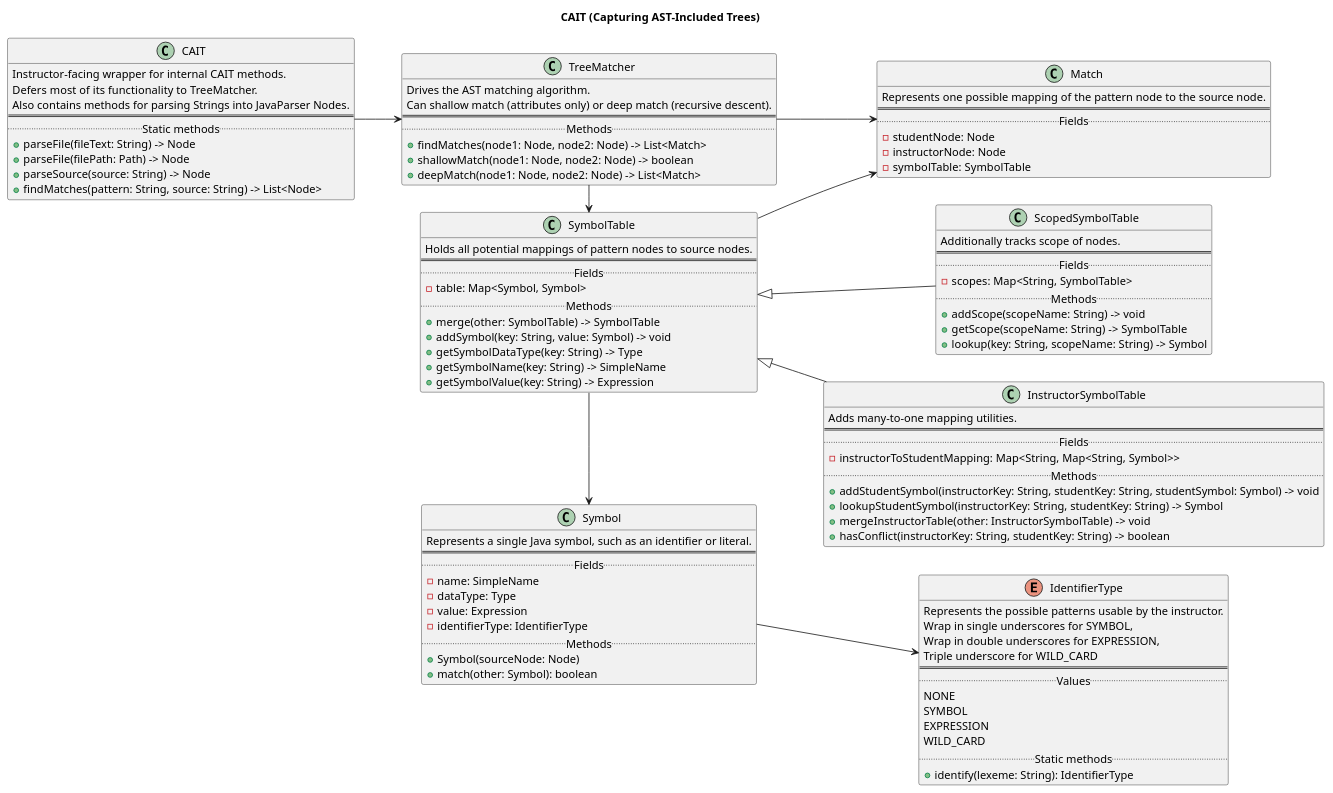
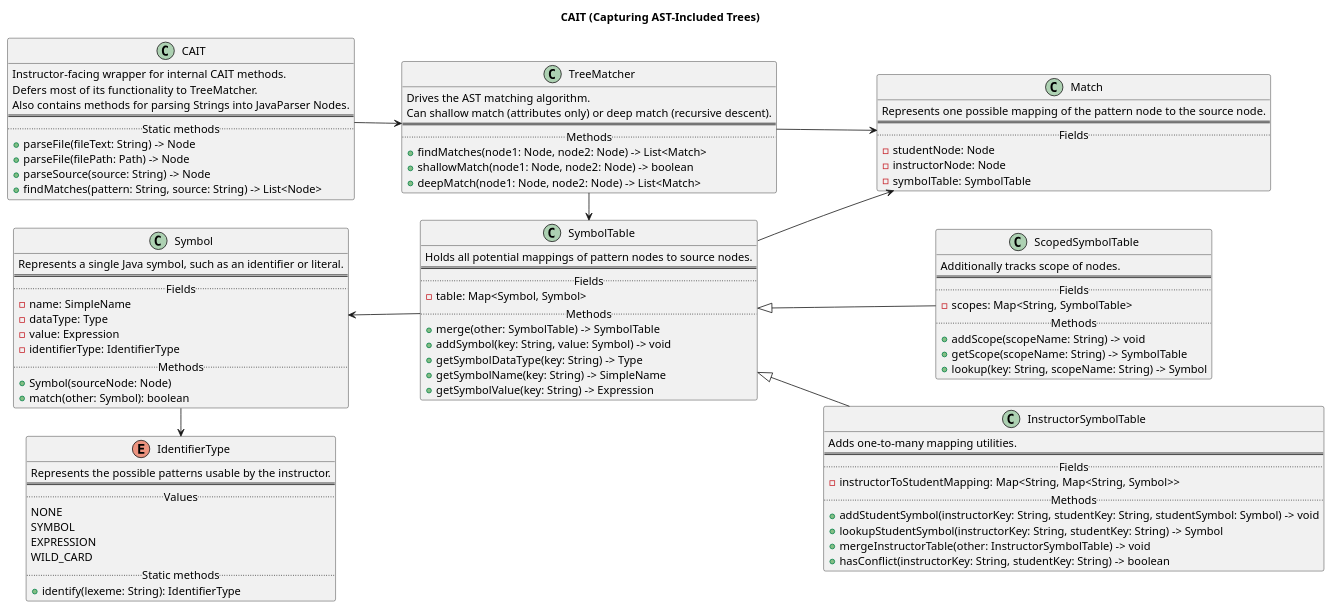
The diagram in Documentation/UML/CAIT_UML.puml (VCU-CS-Capstone/cs-25-312-java-pedagogical-libraries), drawn with PlantUML before and after one commit. The commit also changed 2 other files, not shown here.

Commit message:
Rearrange UML for space efficiency

```diff
--- a/Documentation/UML/CAIT_UML.puml
+++ b/Documentation/UML/CAIT_UML.puml
@@ -1,109 +1,106 @@
 @startuml CAIT
 
 title "CAIT (Capturing AST-Included Trees)"
 
 left to right direction
 
 class CAIT {
     Instructor-facing wrapper for internal CAIT methods.
     Defers most of its functionality to TreeMatcher.
     Also contains methods for parsing Strings into JavaParser Nodes.
     ==
     .. Static methods ..
     + parseFile(fileText: String) -> Node
     + parseFile(filePath: Path) -> Node
     + parseSource(source: String) -> Node
     + findMatches(pattern: String, source: String) -> List<Node>
 }
 
 class TreeMatcher {
     Drives the AST matching algorithm.
     Can shallow match (attributes only) or deep match (recursive descent).
     ==
     .. Methods ..
     + findMatches(node1: Node, node2: Node) -> List<Match>
     + shallowMatch(node1: Node, node2: Node) -> boolean
     + deepMatch(node1: Node, node2: Node) -> List<Match>
 }
 
 class Match {
     Represents one possible mapping of the pattern node to the source node.
     ==
     .. Fields ..
     - studentNode: Node
     - instructorNode: Node
     - symbolTable: SymbolTable
 }
 
 class SymbolTable {
     Holds all potential mappings of pattern nodes to source nodes.
     ==
     .. Fields ..
     - table: Map<Symbol, Symbol>
     .. Methods ..
     + merge(other: SymbolTable) -> SymbolTable
     + addSymbol(key: String, value: Symbol) -> void
     + getSymbolDataType(key: String) -> Type
     + getSymbolName(key: String) -> SimpleName
     + getSymbolValue(key: String) -> Expression
 }
 
+class InstructorSymbolTable extends SymbolTable {
+    Adds one-to-many mapping utilities.
+    ==
+    .. Fields ..
+    - instructorToStudentMapping: Map<String, Map<String, Symbol>>
+    .. Methods ..
+    + addStudentSymbol(instructorKey: String, studentKey: String, studentSymbol: Symbol) -> void
+    + lookupStudentSymbol(instructorKey: String, studentKey: String) -> Symbol
+    + mergeInstructorTable(other: InstructorSymbolTable) -> void
+    + hasConflict(instructorKey: String, studentKey: String) -> boolean
+}
+
 class ScopedSymbolTable extends SymbolTable {
     Additionally tracks scope of nodes.
     ==
     .. Fields ..
     - scopes: Map<String, SymbolTable>
     .. Methods ..
     + addScope(scopeName: String) -> void
     + getScope(scopeName: String) -> SymbolTable
     + lookup(key: String, scopeName: String) -> Symbol
-}
-
-class InstructorSymbolTable extends SymbolTable {
-    Adds many-to-one mapping utilities.
-    ==
-    .. Fields ..
-    - instructorToStudentMapping: Map<String, Map<String, Symbol>>
-    .. Methods ..
-    + addStudentSymbol(instructorKey: String, studentKey: String, studentSymbol: Symbol) -> void
-    + lookupStudentSymbol(instructorKey: String, studentKey: String) -> Symbol
-    + mergeInstructorTable(other: InstructorSymbolTable) -> void
-    + hasConflict(instructorKey: String, studentKey: String) -> boolean
 }
 
 class Symbol {
     Represents a single Java symbol, such as an identifier or literal.
     ==
     .. Fields ..
     - name: SimpleName
     - dataType: Type
     - value: Expression
     - identifierType: IdentifierType
     .. Methods ..
     + Symbol(sourceNode: Node)
     + match(other: Symbol): boolean
 }
 
 enum IdentifierType {
     Represents the possible patterns usable by the instructor.
-    Wrap in single underscores for SYMBOL,
-    Wrap in double underscores for EXPRESSION,
-    Triple underscore for WILD_CARD
     ==
     .. Values ..
     NONE
     SYMBOL
     EXPRESSION
     WILD_CARD
     .. Static methods ..
     + identify(lexeme: String): IdentifierType
 }
 
 CAIT --> TreeMatcher
 TreeMatcher --> Match
 TreeMatcher -> SymbolTable
 SymbolTable --> Match
-SymbolTable -> Symbol
-Symbol --> IdentifierType
+Symbol <-- SymbolTable
+Symbol -> IdentifierType
 
 @enduml
```
